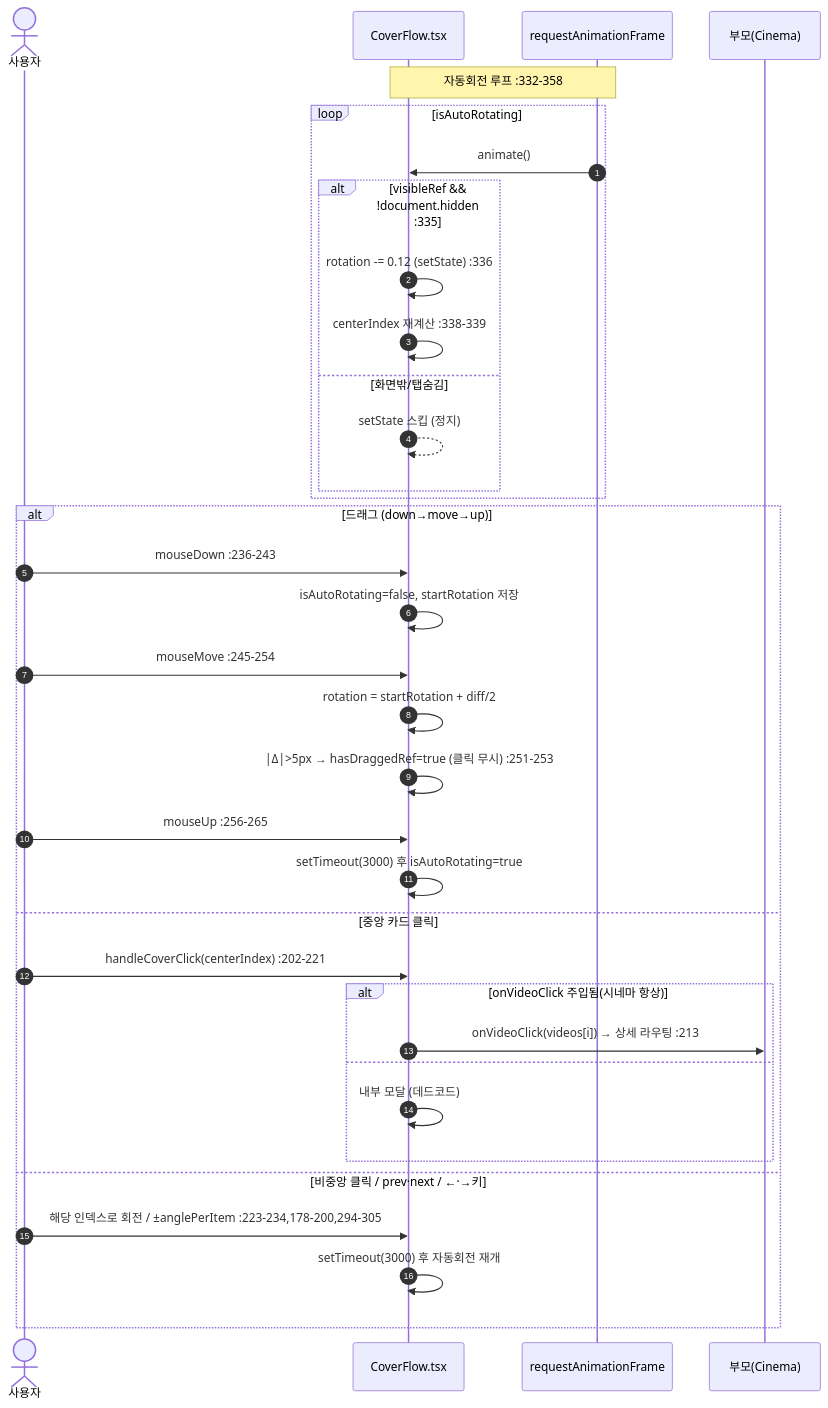
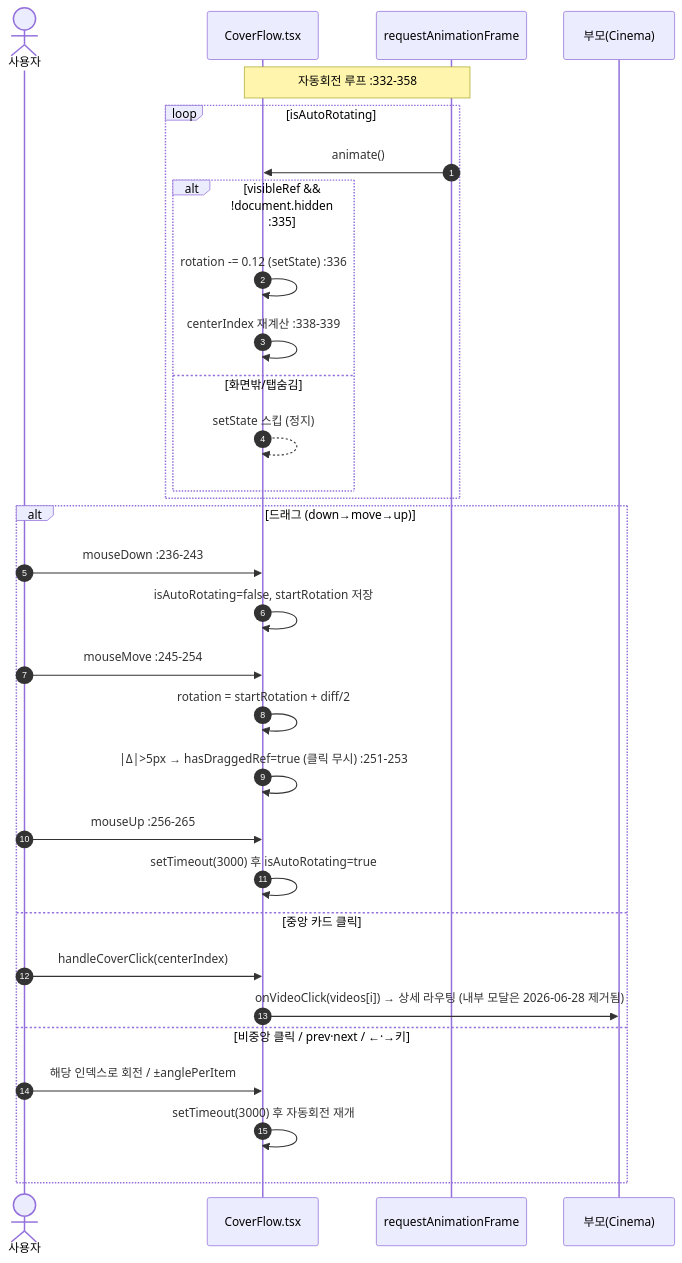
One commit to crebiz-commits/ai-v-market changed the second of 4 diagrams in docs/prd/03-cinema-ott.md. Above: the diagram before and after it, drawn with Mermaid. The commit also changed other lines of this file and 10 other files, not shown here.

````diff
--- a/docs/prd/03-cinema-ott.md
+++ b/docs/prd/03-cinema-ott.md
@@ -466,39 +504,35 @@
 ```mermaid
 sequenceDiagram
     autonumber
     actor U as 사용자
     participant CF as CoverFlow.tsx
     participant RAF as requestAnimationFrame
     participant P as 부모(Cinema)
 
     Note over CF,RAF: 자동회전 루프 :332-358
     loop isAutoRotating
         RAF->>CF: animate()
         alt visibleRef && !document.hidden :335
             CF->>CF: rotation -= 0.12 (setState) :336
             CF->>CF: centerIndex 재계산 :338-339
         else 화면밖/탭숨김
             CF-->>CF: setState 스킵 (정지)
         end
     end
 
     alt 드래그 (down→move→up)
         U->>CF: mouseDown :236-243
         CF->>CF: isAutoRotating=false, startRotation 저장
         U->>CF: mouseMove :245-254
         CF->>CF: rotation = startRotation + diff/2
         CF->>CF: |Δ|>5px → hasDraggedRef=true (클릭 무시) :251-253
         U->>CF: mouseUp :256-265
         CF->>CF: setTimeout(3000) 후 isAutoRotating=true
     else 중앙 카드 클릭
-        U->>CF: handleCoverClick(centerIndex) :202-221
-        alt onVideoClick 주입됨(시네마 항상)
-            CF->>P: onVideoClick(videos[i]) → 상세 라우팅 :213
-        else
-            CF->>CF: 내부 모달 (데드코드)
-        end
+        U->>CF: handleCoverClick(centerIndex)
+        CF->>P: onVideoClick(videos[i]) → 상세 라우팅 (내부 모달은 2026-06-28 제거됨)
     else 비중앙 클릭 / prev·next / ←·→키
-        U->>CF: 해당 인덱스로 회전 / ±anglePerItem :223-234,178-200,294-305
+        U->>CF: 해당 인덱스로 회전 / ±anglePerItem
         CF->>CF: setTimeout(3000) 후 자동회전 재개
     end
 ```
````
